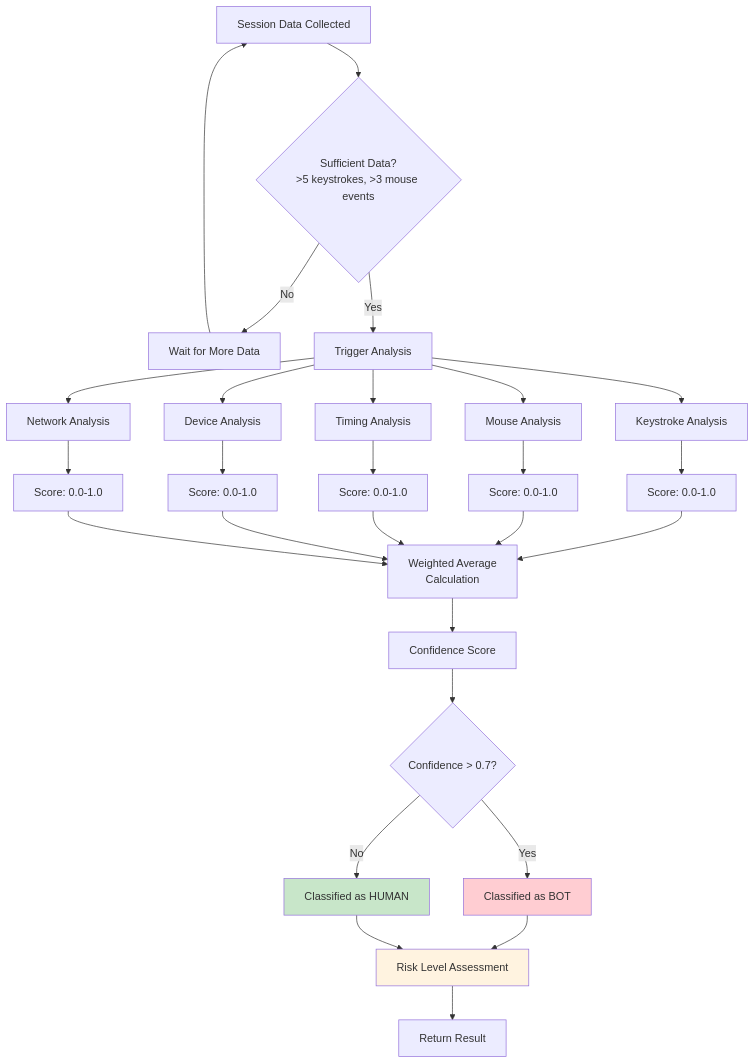
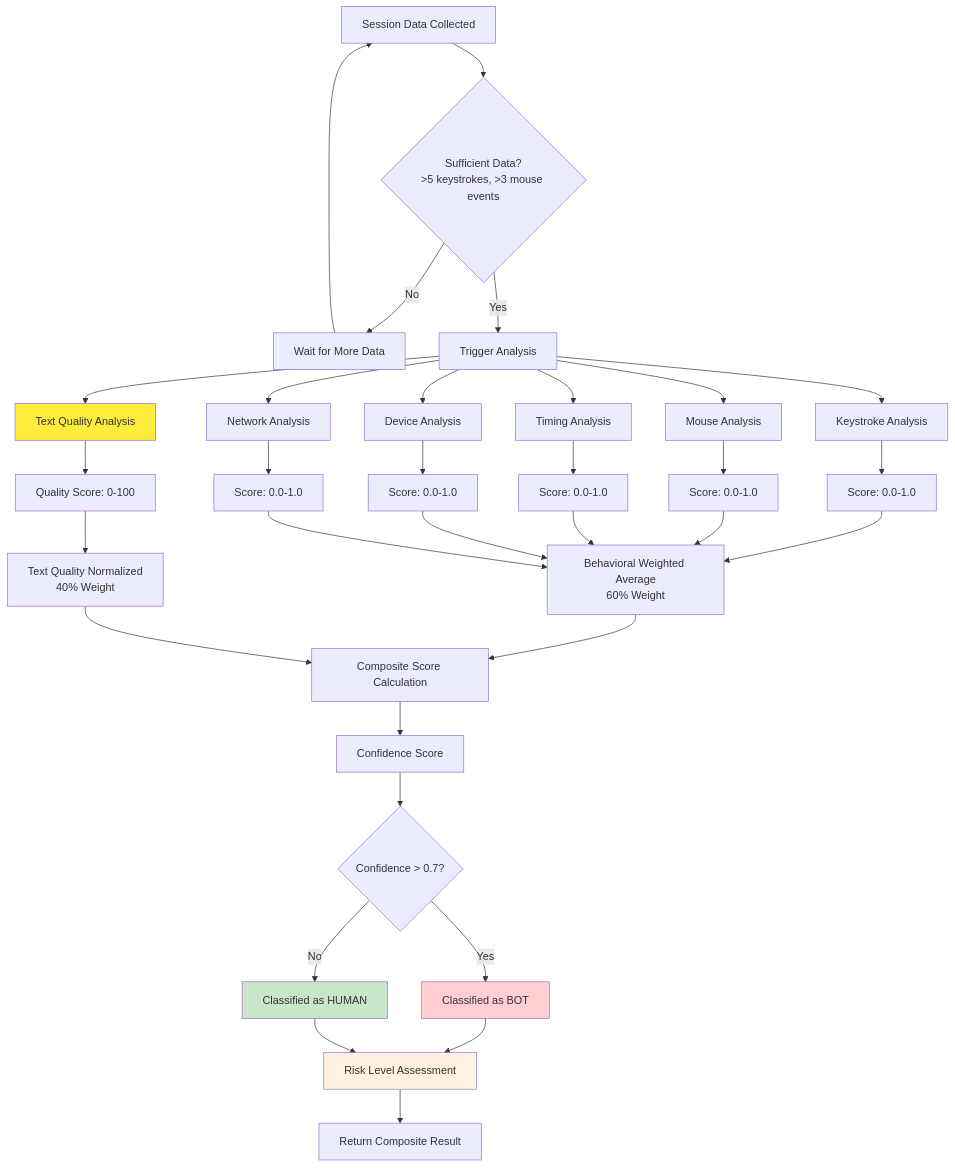
One commit to halderavik/bot_detection_live changed the fifth of 9 diagrams in bot_detection_flow.md. Above: the diagram before and after it, drawn with Mermaid. The commit also changed other lines of this file and 25 other files, not shown here.

Commit message:
chore(prod): deploy plan & GCP prod configs; text analysis services and tests; frontend widget; cloudbuild frontend; docs updates

````diff
--- a/bot_detection_flow.md
+++ b/bot_detection_flow.md
@@ -144,38 +244,46 @@
 ```mermaid
 graph TD
     A[Session Data Collected] --> B{Sufficient Data?<br/>>5 keystrokes, >3 mouse events}
     B -->|No| C[Wait for More Data]
     C --> A
     B -->|Yes| D[Trigger Analysis]
     
     D --> E[Keystroke Analysis]
     D --> F[Mouse Analysis]
     D --> G[Timing Analysis]
     D --> H[Device Analysis]
     D --> I[Network Analysis]
+    D --> J[Text Quality Analysis]
     
-    E --> J[Score: 0.0-1.0]
-    F --> K[Score: 0.0-1.0]
-    G --> L[Score: 0.0-1.0]
-    H --> M[Score: 0.0-1.0]
-    I --> N[Score: 0.0-1.0]
+    E --> K[Score: 0.0-1.0]
+    F --> L[Score: 0.0-1.0]
+    G --> M[Score: 0.0-1.0]
+    H --> N[Score: 0.0-1.0]
+    I --> O[Score: 0.0-1.0]
+    J --> P[Quality Score: 0-100]
     
-    J --> O[Weighted Average<br/>Calculation]
-    K --> O
-    L --> O
-    M --> O
-    N --> O
+    K --> Q[Behavioral Weighted Average<br/>60% Weight]
+    L --> Q
+    M --> Q
+    N --> Q
+    O --> Q
     
-    O --> P[Confidence Score]
-    P --> Q{Confidence > 0.7?}
-    Q -->|Yes| R[Classified as BOT]
-    Q -->|No| S[Classified as HUMAN]
+    P --> R[Text Quality Normalized<br/>40% Weight]
     
-    R --> T[Risk Level Assessment]
-    S --> T
-    T --> U[Return Result]
+    Q --> S[Composite Score Calculation]
+    R --> S
     
-    style R fill:#ffcdd2
-    style S fill:#c8e6c9
-    style T fill:#fff3e0
+    S --> T[Confidence Score]
+    T --> U{Confidence > 0.7?}
+    U -->|Yes| V[Classified as BOT]
+    U -->|No| W[Classified as HUMAN]
+    
+    V --> X[Risk Level Assessment]
+    W --> X
+    X --> Y[Return Composite Result]
+    
+    style V fill:#ffcdd2
+    style W fill:#c8e6c9
+    style X fill:#fff3e0
+    style J fill:#ffeb3b
 ```
````
